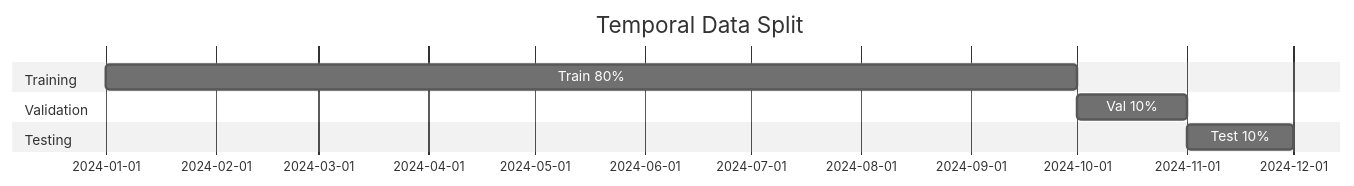
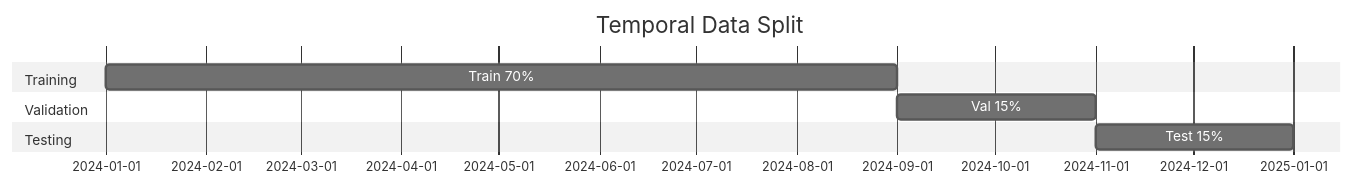
The sixth of 6 diagrams in docs/DATASET.md (michaelzus/FinTweet-ML), drawn with Mermaid (neutral theme) before and after one commit. The commit also changed other lines of this file and 3 other files, not shown here.

````diff
--- a/docs/DATASET.md
+++ b/docs/DATASET.md
@@ -288,11 +288,11 @@
 ```mermaid
 gantt
     title Temporal Data Split
     dateFormat YYYY-MM
     section Training
-    Train 80%    :train, 2024-01, 2024-10
+    Train 70%    :train, 2024-01, 2024-09
     section Validation
-    Val 10%      :val, 2024-10, 2024-11
+    Val 15%      :val, 2024-09, 2024-11
     section Testing
-    Test 10%     :test, 2024-11, 2024-12
+    Test 15%     :test, 2024-11, 2025-01
 ```
````
